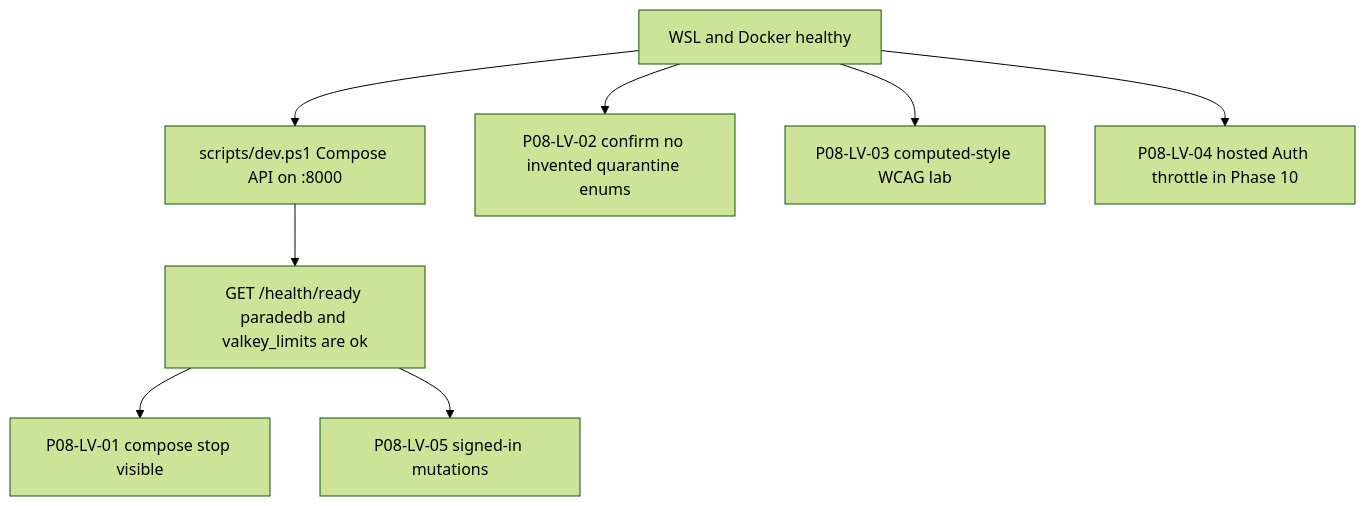
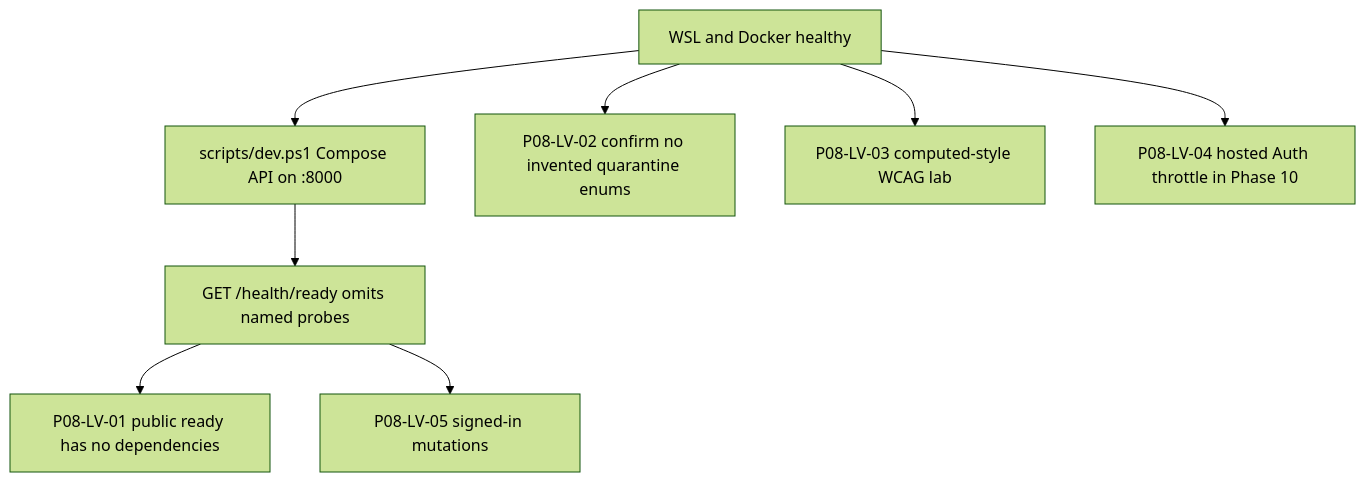
The diagram in docs/development/phase-08-later-live-verification.md (Nagdy8888/smart-rag), drawn with Mermaid (forest theme) before and after one commit. The commit also changed other lines of this file and 245 other files, not shown here.

````diff
--- a/docs/development/phase-08-later-live-verification.md
+++ b/docs/development/phase-08-later-live-verification.md
@@ -29,11 +29,11 @@
 ```mermaid
 flowchart TD
   start[WSL and Docker healthy]
   start --> compose["scripts/dev.ps1 Compose API on :8000"]
-  compose --> ready["GET /health/ready paradedb and valkey_limits are ok"]
-  ready --> lv01[P08-LV-01 compose stop visible]
+  compose --> ready["GET /health/ready omits named probes"]
+  ready --> lv01[P08-LV-01 public ready has no dependencies]
   ready --> lv05[P08-LV-05 signed-in mutations]
   start --> lv02[P08-LV-02 confirm no invented quarantine enums]
   start --> lv03[P08-LV-03 computed-style WCAG lab]
   start --> lv04[P08-LV-04 hosted Auth throttle in Phase 10]
 ```
````
